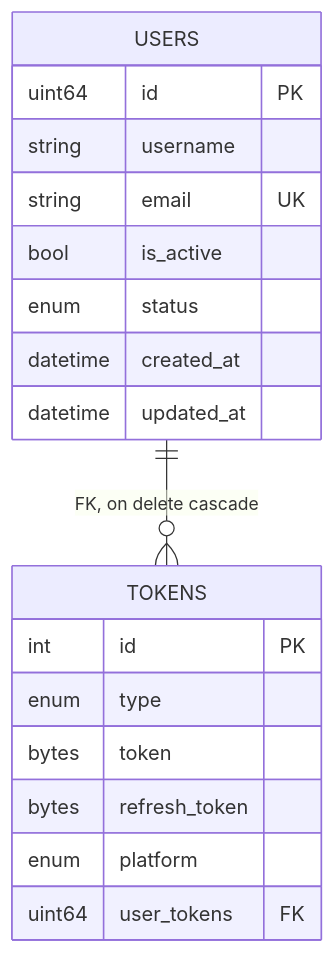
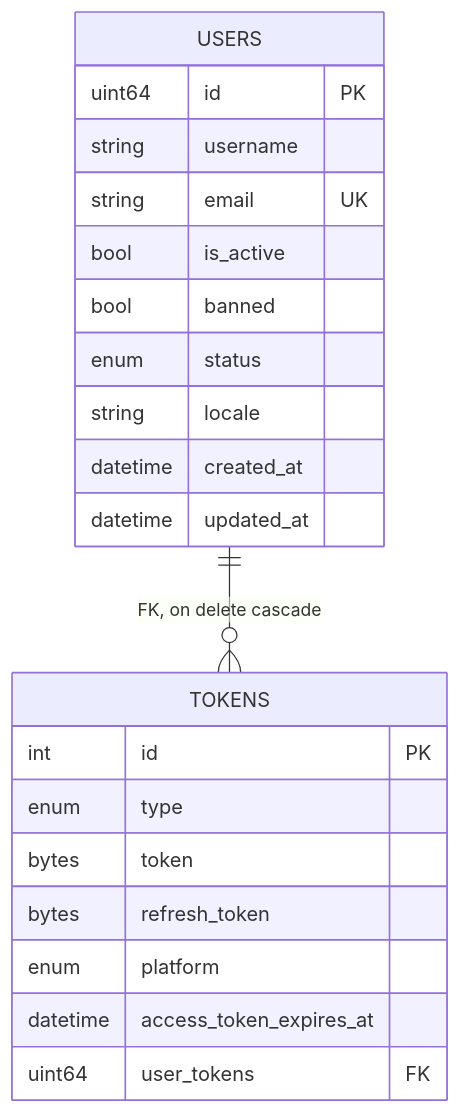
Before and after one commit to AdamOusmer/ItsBagelBot: the second of 5 diagrams in web/docs/src/content/docs/data-and-state/database.md, drawn with Mermaid. The commit also changed other lines of this file and 97 other files, not shown here.

````diff
--- a/web/docs/src/content/docs/data-and-state/database.md
+++ b/web/docs/src/content/docs/data-and-state/database.md
@@ -85,21 +108,24 @@
 ```mermaid
 erDiagram
     USERS ||--o{ TOKENS : "FK, on delete cascade"
     USERS {
         uint64 id PK
         string username
         string email UK
         bool is_active
+        bool banned
         enum status
+        string locale
         datetime created_at
         datetime updated_at
     }
     TOKENS {
         int id PK
         enum type
         bytes token
         bytes refresh_token
         enum platform
+        datetime access_token_expires_at
         uint64 user_tokens FK
     }
 ```
````
